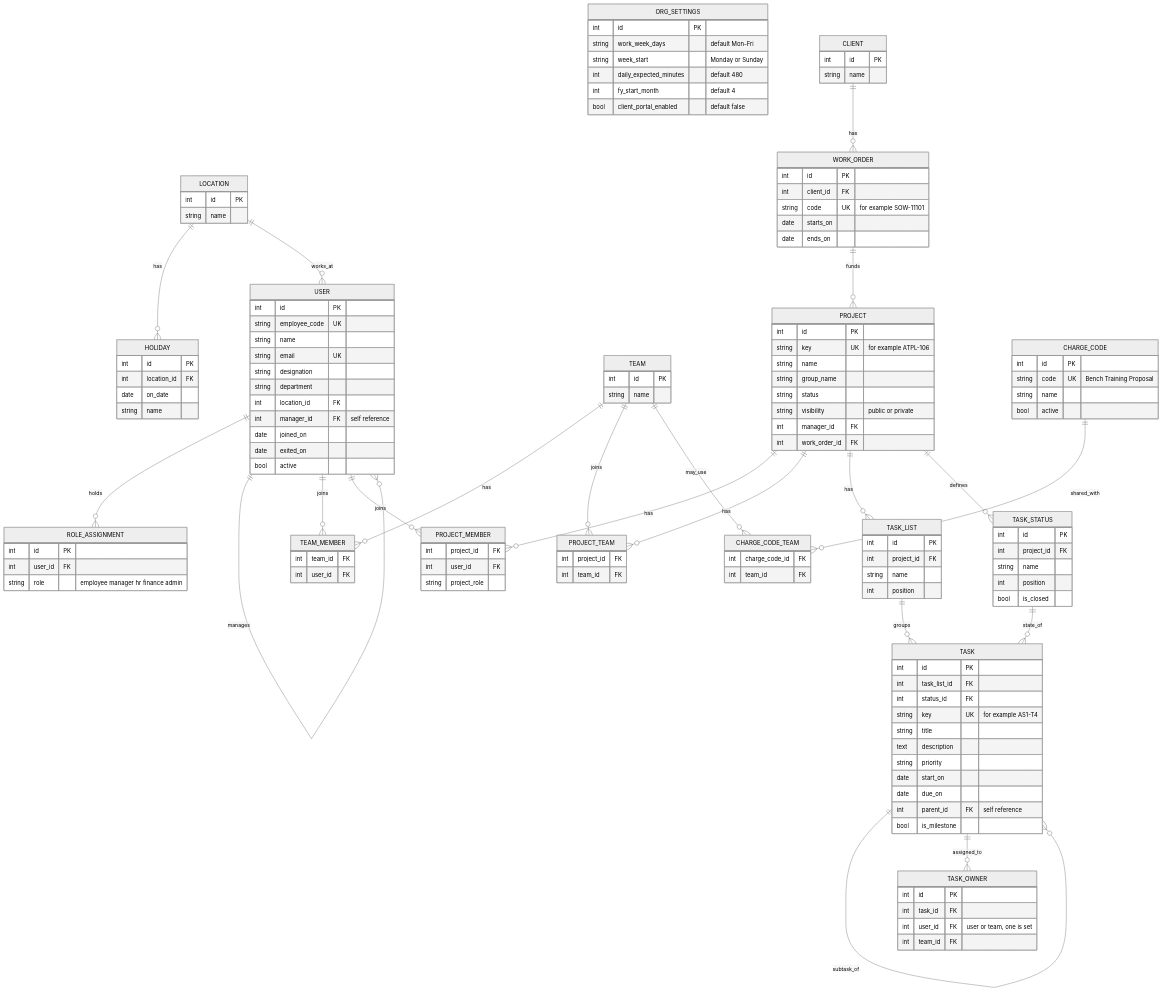
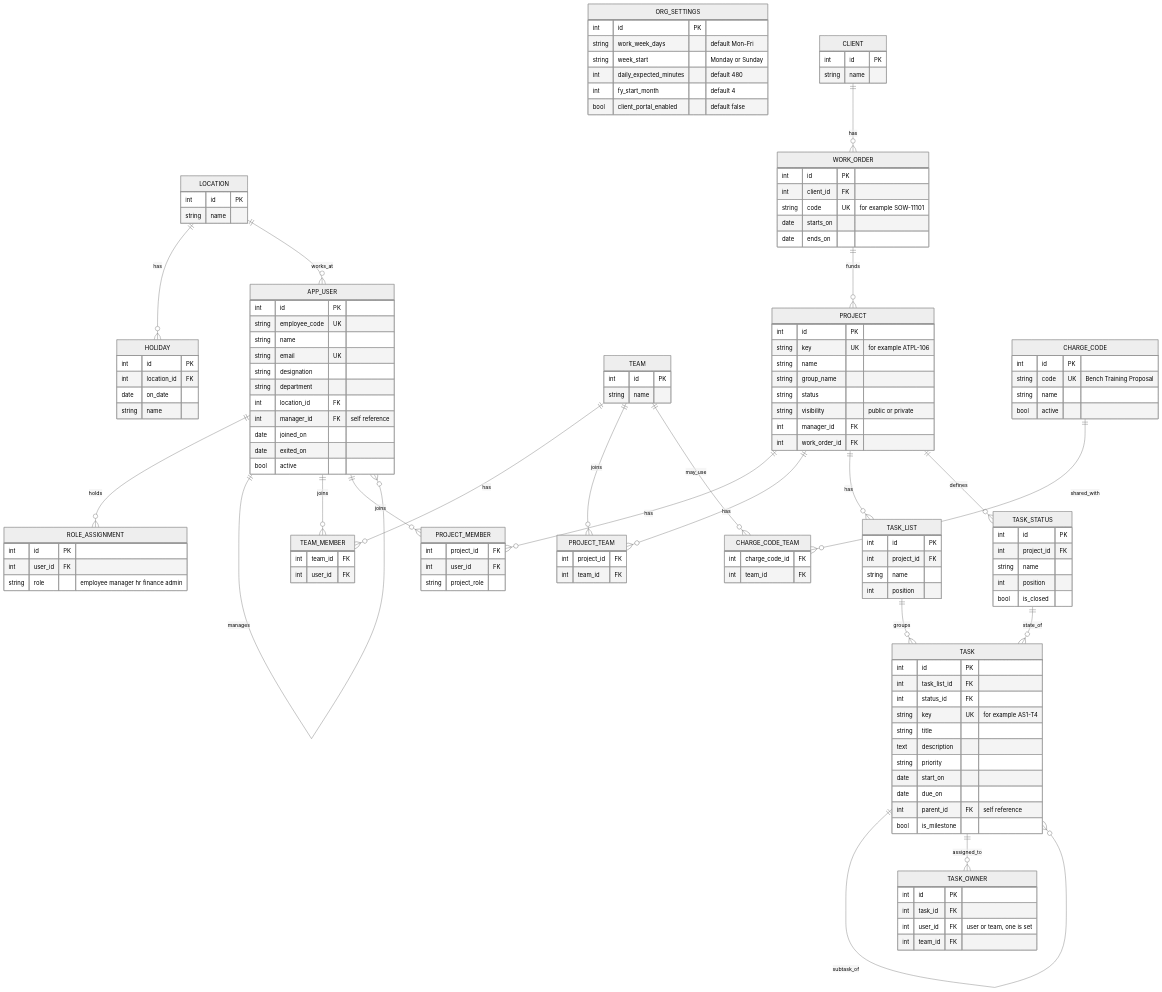
The first of 3 diagrams in api/docs/erd.md (jimpaul0709/Zoho-replica), drawn with Mermaid (neutral theme) before and after one commit. The commit also changed other lines of this file and 1 other file, not shown here.

First line of the commit message:
feat: audit helper and time API (WH-20), per-user write lock, ERD uses app_user

```diff
--- a/api/docs/erd.md
+++ b/api/docs/erd.md
@@ -38,7 +40,7 @@
     bool client_portal_enabled "default false"
   }
   LOCATION ||--o{ HOLIDAY : has
-  LOCATION ||--o{ USER : works_at
+  LOCATION ||--o{ APP_USER : works_at
   LOCATION {
     int id PK
     string name
@@ -49,11 +51,11 @@
     date on_date
     string name
   }
-  USER ||--o{ ROLE_ASSIGNMENT : holds
-  USER ||--o{ USER : manages
-  USER ||--o{ TEAM_MEMBER : joins
+  APP_USER ||--o{ ROLE_ASSIGNMENT : holds
+  APP_USER ||--o{ APP_USER : manages
+  APP_USER ||--o{ TEAM_MEMBER : joins
   TEAM ||--o{ TEAM_MEMBER : has
-  USER {
+  APP_USER {
     int id PK
     string employee_code UK
     string name
@@ -96,7 +98,7 @@
   PROJECT ||--o{ PROJECT_TEAM : has
   PROJECT ||--o{ TASK_LIST : has
   PROJECT ||--o{ TASK_STATUS : defines
-  USER ||--o{ PROJECT_MEMBER : joins
+  APP_USER ||--o{ PROJECT_MEMBER : joins
   TEAM ||--o{ PROJECT_TEAM : joins
   PROJECT {
     int id PK
```
